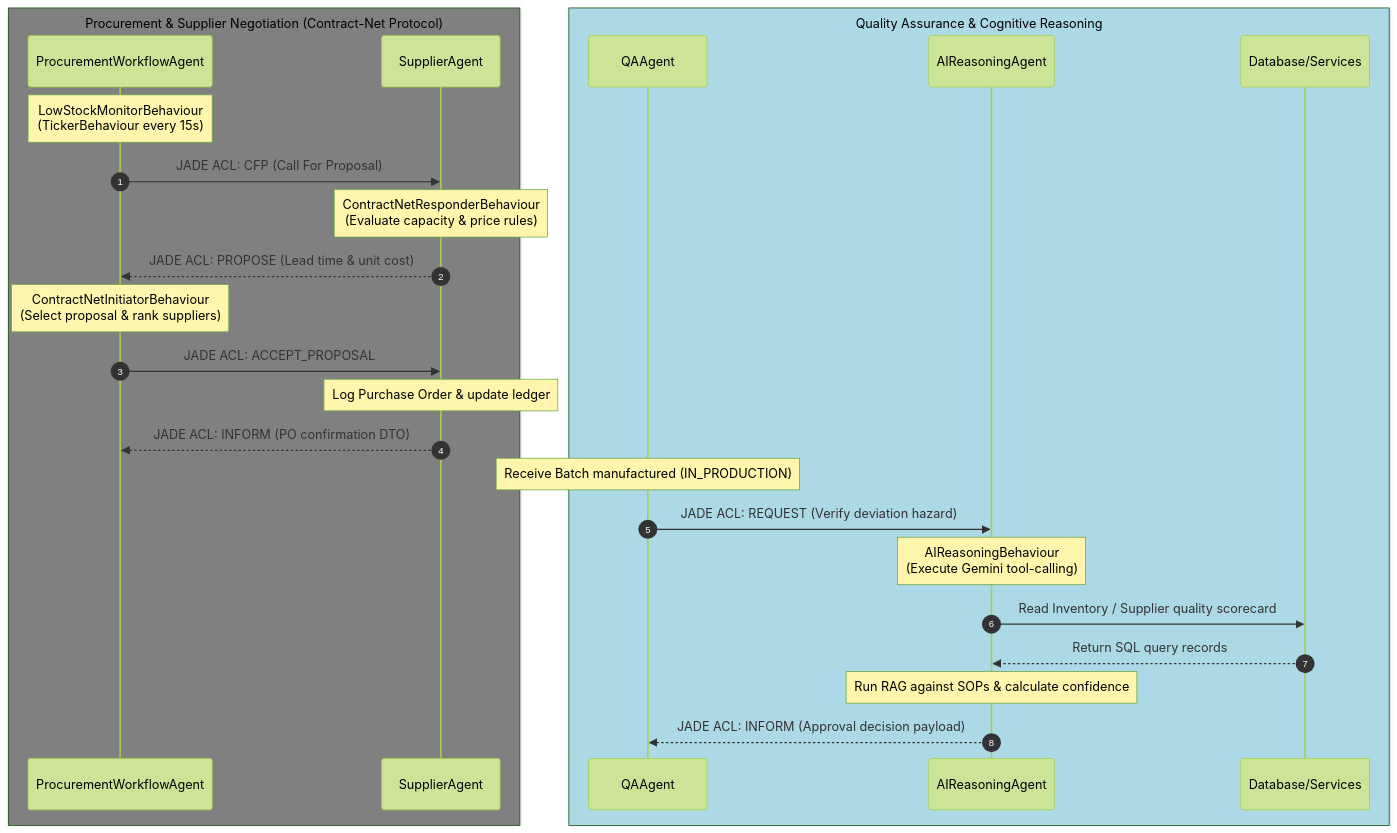
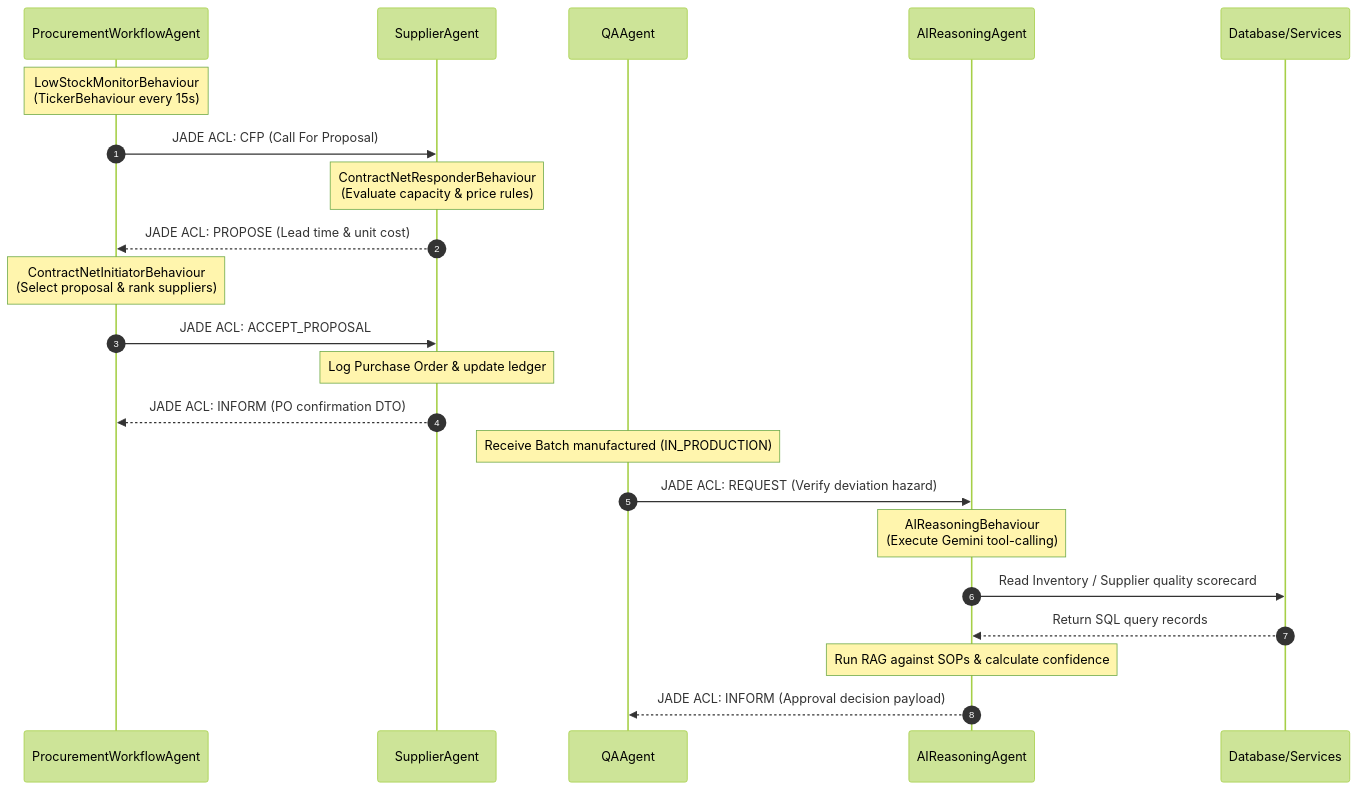
One commit to Starmann1/pharma-scm changed the third of 3 diagrams in README.md. Above: the diagram before and after it, drawn with Mermaid (forest theme).

Commit message:
docs: remove Mermaid sequence diagram box wrappers to fix text contrast on dark mode

````diff
--- a/README.md
+++ b/README.md
@@ -134,30 +134,26 @@
 ```mermaid
 sequenceDiagram
     autonumber
-    box Gray Procurement & Supplier Negotiation (Contract-Net Protocol)
     participant PWA as ProcurementWorkflowAgent
     participant SA as SupplierAgent
-    end
-    box LightBlue Quality Assurance & Cognitive Reasoning
     participant QA as QAAgent
     participant AI as AIReasoningAgent
     participant DB as Database/Services
-    end
 
     Note over PWA: LowStockMonitorBehaviour<br/>(TickerBehaviour every 15s)
     PWA->>SA: JADE ACL: CFP (Call For Proposal)
     Note over SA: ContractNetResponderBehaviour<br/>(Evaluate capacity & price rules)
     SA-->>PWA: JADE ACL: PROPOSE (Lead time & unit cost)
     Note over PWA: ContractNetInitiatorBehaviour<br/>(Select proposal & rank suppliers)
     PWA->>SA: JADE ACL: ACCEPT_PROPOSAL
     Note over SA: Log Purchase Order & update ledger
     SA-->>PWA: JADE ACL: INFORM (PO confirmation DTO)
 
     Note over QA: Receive Batch manufactured (IN_PRODUCTION)
     QA->>AI: JADE ACL: REQUEST (Verify deviation hazard)
     Note over AI: AIReasoningBehaviour<br/>(Execute Gemini tool-calling)
     AI->>DB: Read Inventory / Supplier quality scorecard
     DB-->>AI: Return SQL query records
     Note over AI: Run RAG against SOPs & calculate confidence
     AI-->>QA: JADE ACL: INFORM (Approval decision payload)
 ```
````
